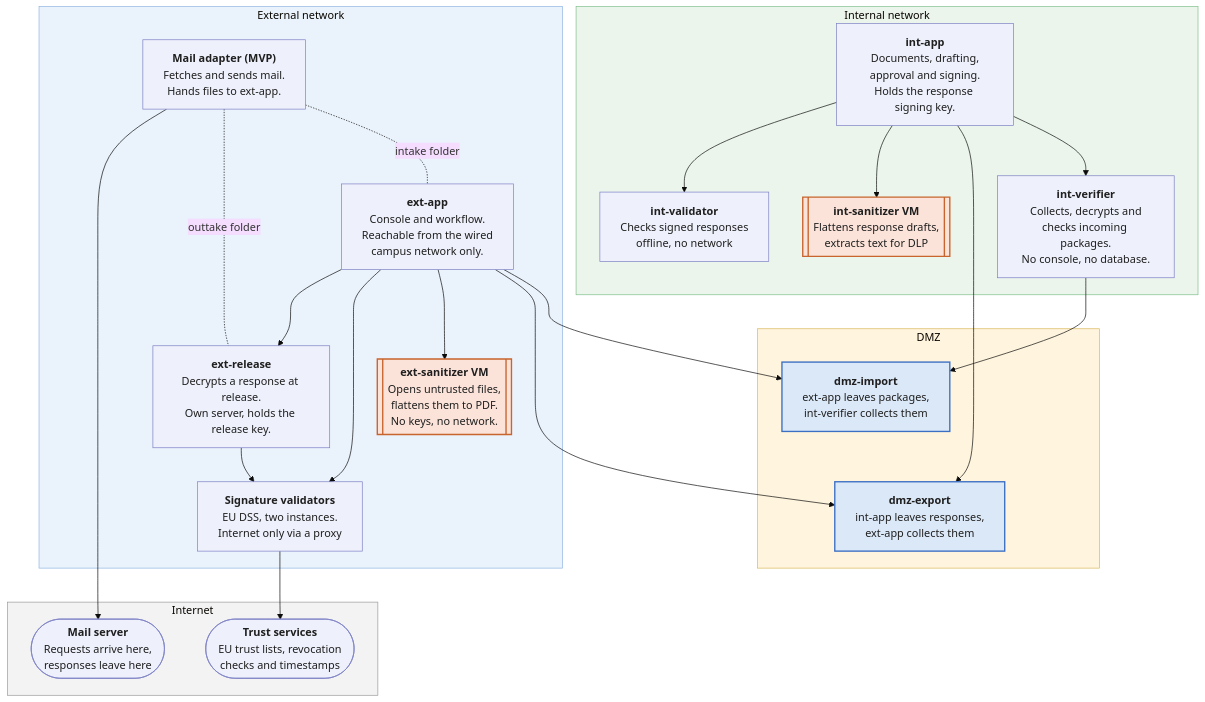
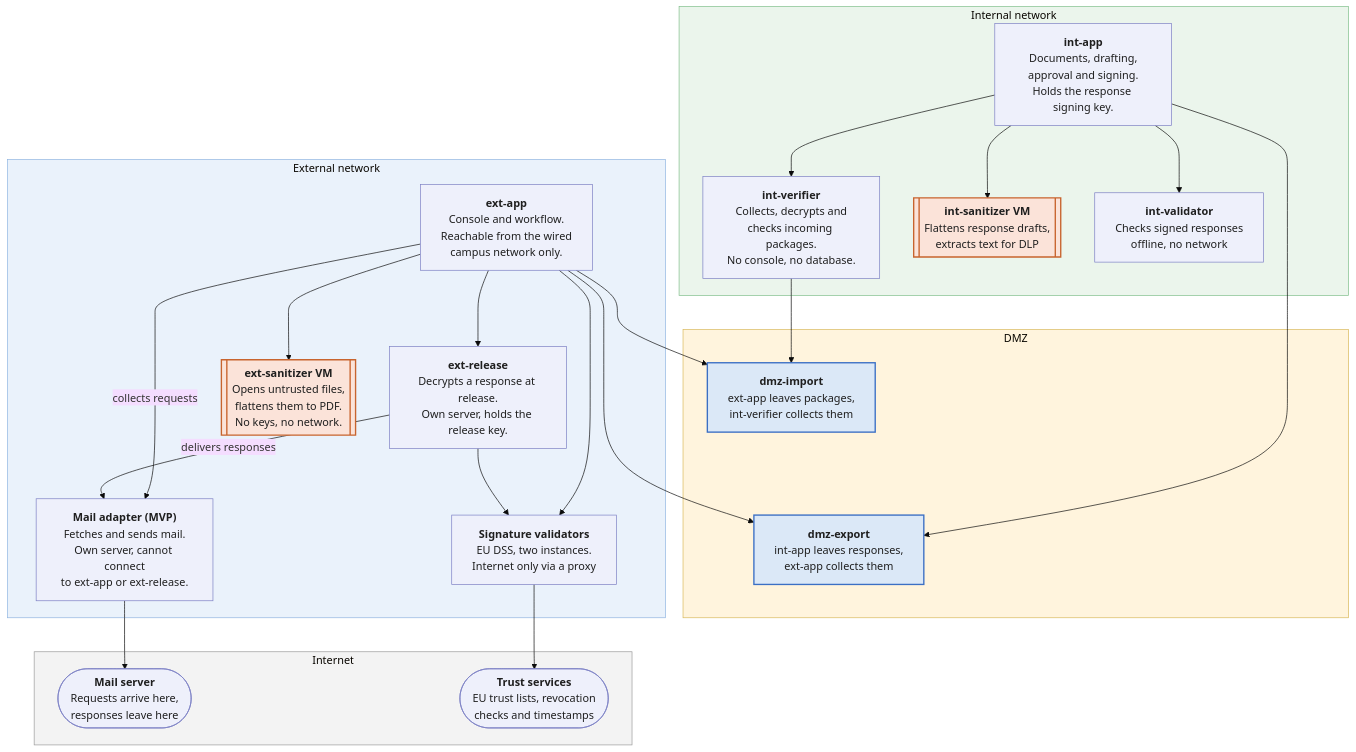
One commit to tgivslife/dxg-document-gateway changed the diagram in document-exchange-proposal.md. Above: the diagram before and after it, drawn with Mermaid (base theme). The commit also changed other lines of this file and 2 other files, not shown here.

First line of the commit message:
Make intake and outtake a general adapter interface

````diff
--- a/document-exchange-proposal.md
+++ b/document-exchange-proposal.md
@@ -25,60 +28,60 @@
 ```mermaid
 flowchart TB
     accDescr: DXG parts by network zone. Arrows point from the side that opens the connection, and both networks connect out to the DMZ.
 
     subgraph INT["Internal network"]
         IAPP["<b>int-app</b><br/>Documents, drafting,<br/>approval and signing.<br/>Holds the response signing key."]
         IVER["<b>int-verifier</b><br/>Collects, decrypts and<br/>checks incoming packages.<br/>No console, no database."]
         ISAN[["<b>int-sanitizer VM</b><br/>Flattens response drafts,<br/>extracts text for DLP"]]
         IVAL["<b>int-validator</b><br/>Checks signed responses<br/>offline, no network"]
     end
 
     subgraph DMZ["DMZ"]
         IMP["<b>dmz-import</b><br/>ext-app leaves packages,<br/>int-verifier collects them"]
         EXP["<b>dmz-export</b><br/>int-app leaves responses,<br/>ext-app collects them"]
     end
 
     subgraph EXT["External network"]
         CORE["<b>ext-app</b><br/>Console and workflow.<br/>Reachable from the wired<br/>campus network only."]
         REL["<b>ext-release</b><br/>Decrypts a response at release.<br/>Own server, holds the release key."]
-        ADAPTER["<b>Mail adapter (MVP)</b><br/>Fetches and sends mail.<br/>Hands files to ext-app."]
+        ADAPTER["<b>Mail adapter (MVP)</b><br/>Fetches and sends mail.<br/>Own server, cannot connect<br/>to ext-app or ext-release."]
         SAN[["<b>ext-sanitizer VM</b><br/>Opens untrusted files,<br/>flattens them to PDF.<br/>No keys, no network."]]
         VAL["<b>Signature validators</b><br/>EU DSS, two instances.<br/>Internet only via a proxy"]
     end
 
     subgraph NET["Internet"]
         MAIL(["<b>Mail server</b><br/>Requests arrive here,<br/>responses leave here"])
         TRUST(["<b>Trust services</b><br/>EU trust lists, revocation<br/>checks and timestamps"])
     end
 
     %% Each arrow points from the side that opens the connection.
     IVER --> IMP
     IAPP --> IVER
     IAPP --> EXP
     IAPP --> ISAN
     IAPP --> IVAL
     CORE --> IMP
     CORE --> EXP
     CORE --> SAN
     CORE --> VAL
-    ADAPTER -. "intake folder" .- CORE
-    ADAPTER -. "outtake folder" .- REL
+    CORE -->|"collects requests"| ADAPTER
+    REL -->|"delivers responses"| ADAPTER
     CORE --> REL
     REL --> VAL
     ADAPTER --> MAIL
     VAL --> TRUST
 
     %% Layout only: stack the DMZ hosts so no line runs between them.
     IMP ~~~ EXP
 
     classDef part fill:#eef0fb,stroke:#7b7fc4,color:#1f1f1f
     classDef vm fill:#fbe3d9,stroke:#c8642e,stroke-width:2px,color:#1f1f1f
     classDef dmz fill:#dbe8f7,stroke:#3b6fc4,stroke-width:2px,color:#1f1f1f
     class MAIL,TRUST,ADAPTER,CORE,REL,VAL,IAPP,IVAL,IVER part
     class SAN,ISAN vm
     class IMP,EXP dmz
     style NET fill:#f3f3f3,stroke:#9a9a9a
     style EXT fill:#eaf2fb,stroke:#8fb4e0
     style DMZ fill:#fff4dd,stroke:#d8b85a
     style INT fill:#ebf5ec,stroke:#7fbf8a
 ```
````
